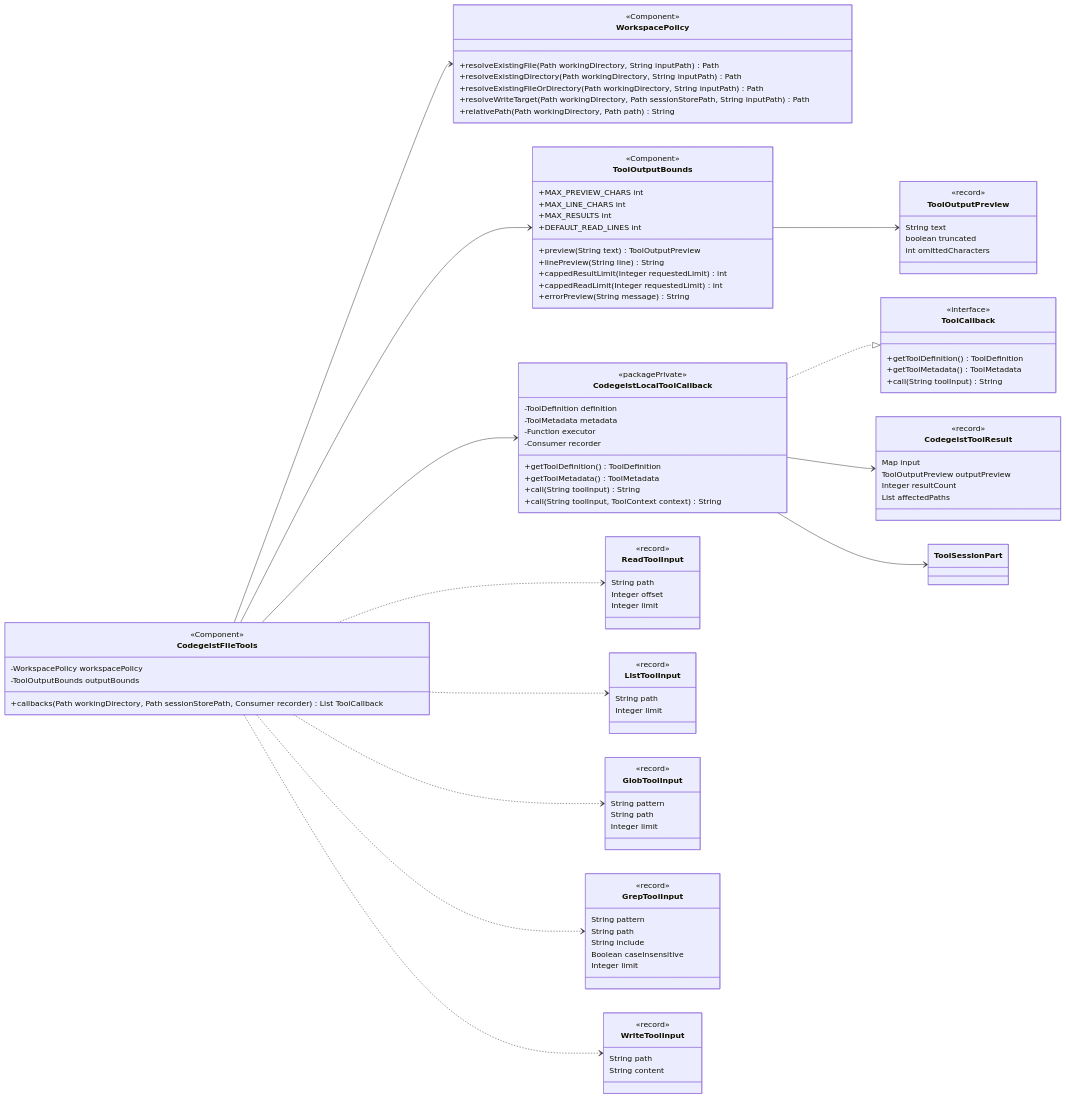
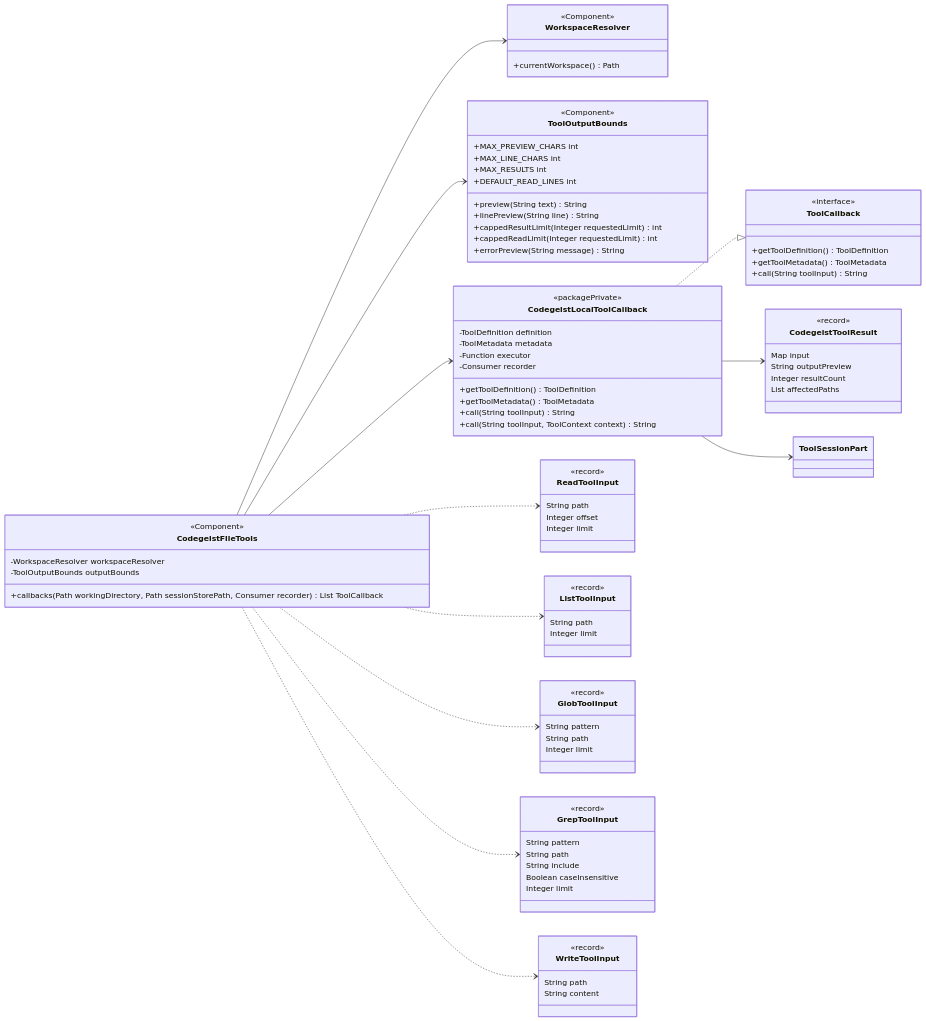
The third of 6 diagrams in docs/tasks/T007_build-codegeist-runtime-harness/mcp-and-readwrite-tools-implementation-plan.md (codegeist-ai/codegeist), drawn with Mermaid before and after one commit. The commit also changed other lines of this file and 46 other files, not shown here.

```diff
--- a/docs/tasks/T007_build-codegeist-runtime-harness/mcp-and-readwrite-tools-implementation-plan.md
+++ b/docs/tasks/T007_build-codegeist-runtime-harness/mcp-and-readwrite-tools-implementation-plan.md
@@ -287,18 +288,14 @@
     class CodegeistFileTools {
       <<Component>>
       <<RequiredArgsConstructor>>
-      -WorkspacePolicy workspacePolicy
+      -WorkspaceResolver workspaceResolver
       -ToolOutputBounds outputBounds
       +callbacks(Path workingDirectory, Path sessionStorePath, Consumer recorder) List ToolCallback
     }
 
-    class WorkspacePolicy {
+    class WorkspaceResolver {
       <<Component>>
-      +resolveExistingFile(Path workingDirectory, String inputPath) Path
-      +resolveExistingDirectory(Path workingDirectory, String inputPath) Path
-      +resolveExistingFileOrDirectory(Path workingDirectory, String inputPath) Path
-      +resolveWriteTarget(Path workingDirectory, Path sessionStorePath, String inputPath) Path
-      +relativePath(Path workingDirectory, Path path) String
+      +currentWorkspace() Path
     }
 
     class ToolOutputBounds {
@@ -307,18 +304,11 @@
       +MAX_LINE_CHARS int
       +MAX_RESULTS int
       +DEFAULT_READ_LINES int
-      +preview(String text) ToolOutputPreview
+      +preview(String text) String
       +linePreview(String line) String
       +cappedResultLimit(Integer requestedLimit) int
       +cappedReadLimit(Integer requestedLimit) int
       +errorPreview(String message) String
-    }
-
-    class ToolOutputPreview {
-      <<record>>
-      String text
-      boolean truncated
-      int omittedCharacters
     }
 
     class CodegeistLocalToolCallback {
@@ -337,7 +327,7 @@
       <<record>>
       <<packagePrivate>>
       Map input
-      ToolOutputPreview outputPreview
+      String outputPreview
       Integer resultCount
       List affectedPaths
     }
@@ -389,10 +379,9 @@
       +call(String toolInput) String
     }
 
-    CodegeistFileTools --> WorkspacePolicy
+    CodegeistFileTools --> WorkspaceResolver
     CodegeistFileTools --> ToolOutputBounds
     CodegeistFileTools --> CodegeistLocalToolCallback
-    ToolOutputBounds --> ToolOutputPreview
     CodegeistLocalToolCallback ..|> ToolCallback
     CodegeistLocalToolCallback --> CodegeistToolResult
     CodegeistLocalToolCallback --> ToolSessionPart
```
